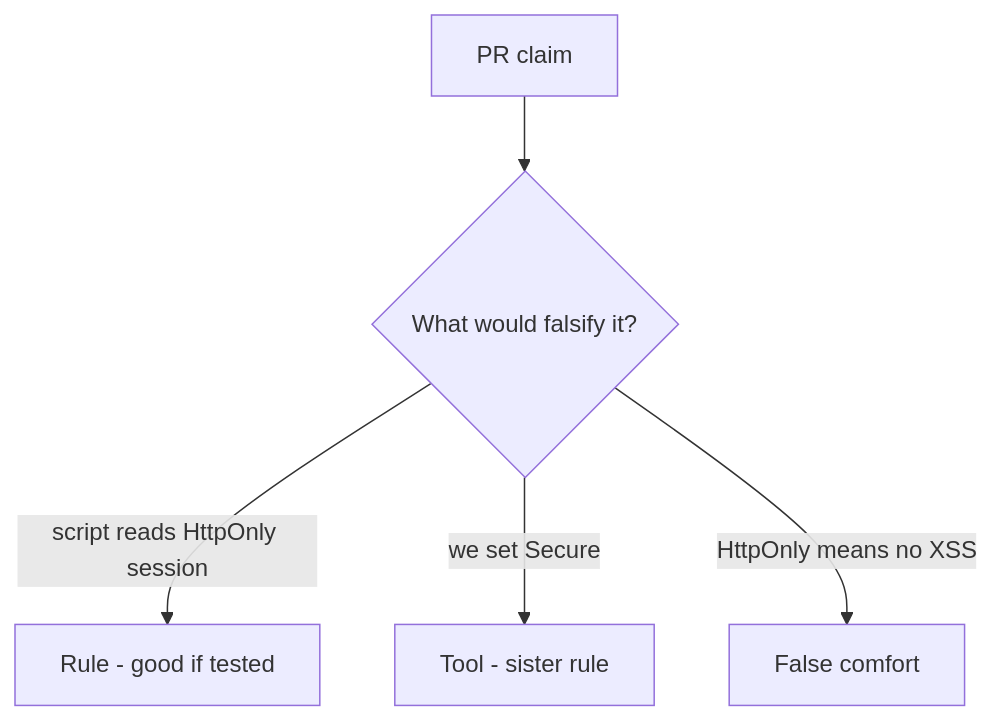
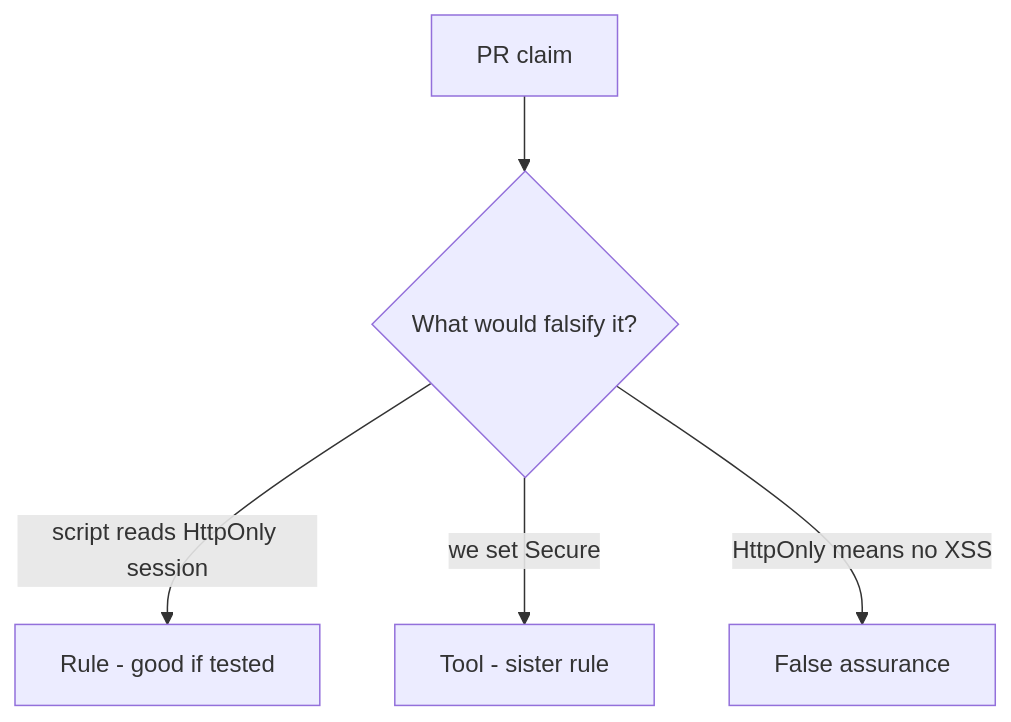
Before and after one commit to ishitvagoel/LearnSecurity: the diagram in content/modules/2/2.3/lessons/08-review.md, drawn with Mermaid. The commit also changed other lines of this file and 240 other files, not shown here.

````diff
--- a/content/modules/2/2.3/lessons/08-review.md
+++ b/content/modules/2/2.3/lessons/08-review.md
@@ -18,7 +18,7 @@
 ```mermaid
 flowchart TD
   Claim[PR claim] --> Q{What would falsify it?}
   Q -->|script reads HttpOnly session| Property["Rule - good if tested"]
   Q -->|we set Secure| Mechanism[Tool - sister rule]
-  Q -->|HttpOnly means no XSS| False[False comfort]
+  Q -->|HttpOnly means no XSS| False[False assurance]
 ```
````
